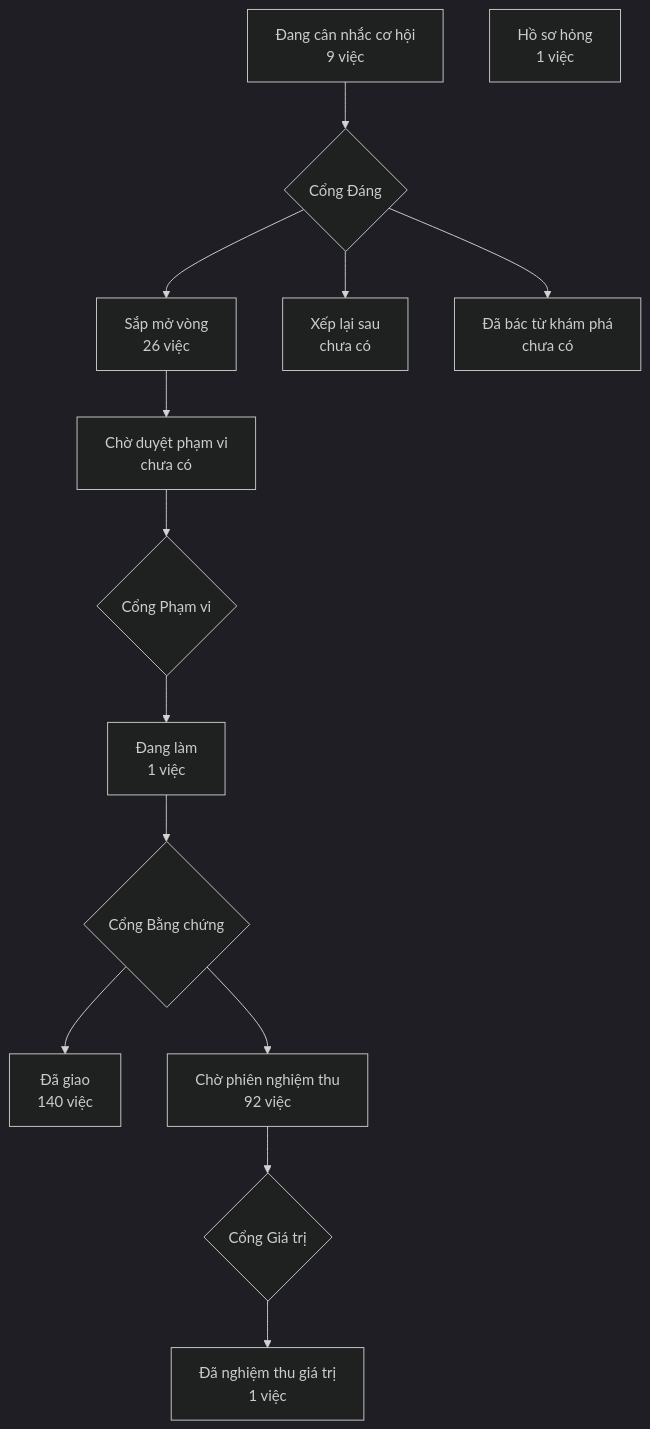
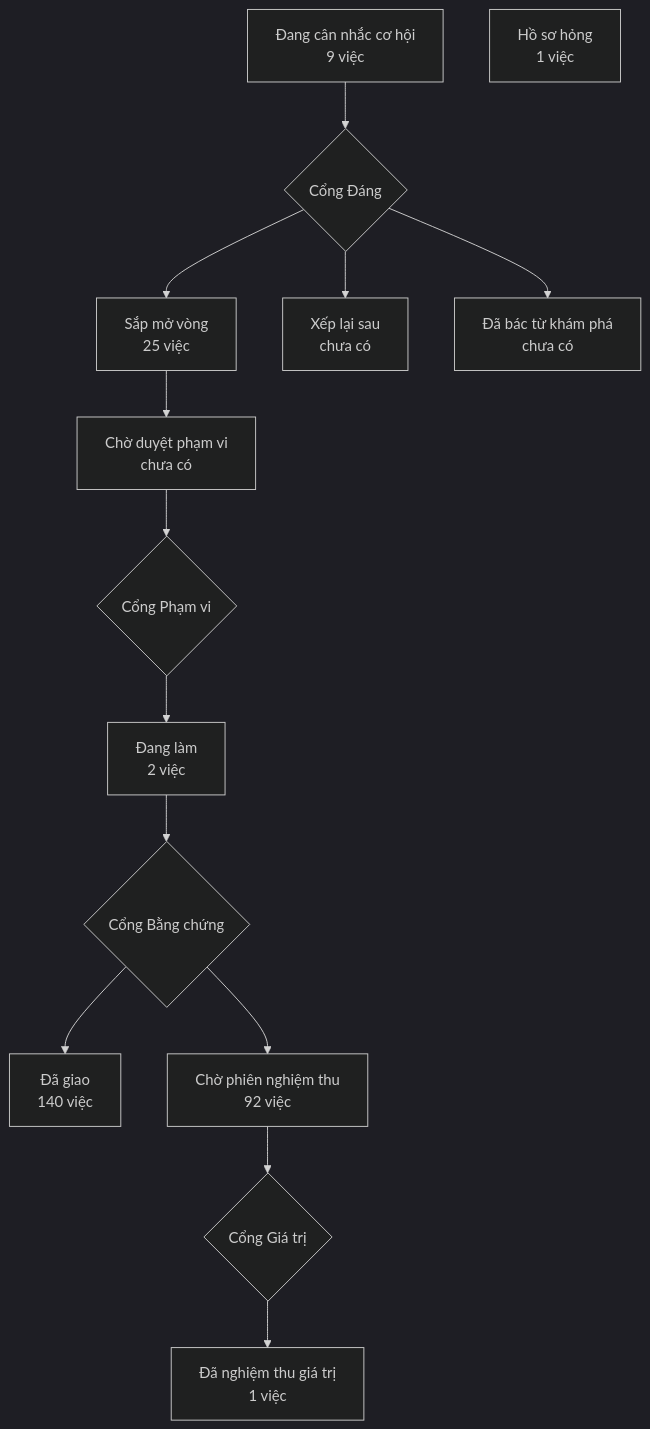
One commit to phanlemanh/crm-onehub changed the diagram in PRODUCT-MAP.md. Above: the diagram before and after it, drawn with Mermaid (dark theme). The commit also changed 1 other file, not shown here.

Commit message:
chore: vẽ lại bản đồ sản phẩm từ bản sạch sau vòng 4 và gộp onehub

````diff
--- a/PRODUCT-MAP.md
+++ b/PRODUCT-MAP.md
@@ -7,13 +7,13 @@
 ```mermaid
 flowchart TD
   A["Đang cân nhắc cơ hội<br/>9 việc"] --> GD{"Cổng Đáng"}
-  GD --> B["Sắp mở vòng<br/>26 việc"]
+  GD --> B["Sắp mở vòng<br/>25 việc"]
   GD --> XL["Xếp lại sau<br/>chưa có"]
   GD --> DB["Đã bác từ khám phá<br/>chưa có"]
   B --> CD["Chờ duyệt phạm vi<br/>chưa có"] --> GP{"Cổng Phạm vi"}
-  GP --> DL["Đang làm<br/>1 việc"] --> GB{"Cổng Bằng chứng"}
+  GP --> DL["Đang làm<br/>2 việc"] --> GB{"Cổng Bằng chứng"}
   GB --> DG["Đã giao<br/>140 việc"]
   GB --> CN["Chờ phiên nghiệm thu<br/>92 việc"] --> GG{"Cổng Giá trị"}
   GG --> NT["Đã nghiệm thu giá trị<br/>1 việc"]
   HS["Hồ sơ hỏng<br/>1 việc"]
 ```
````
